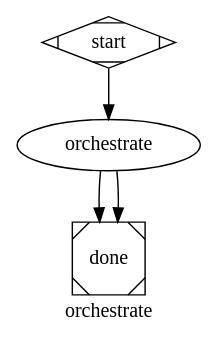
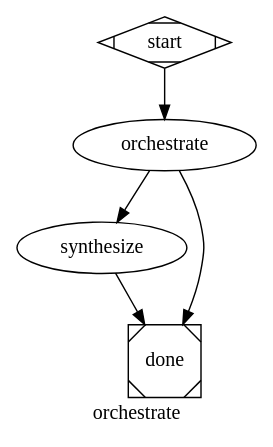
One commit to purrgrammer/fragua changed the diagram in .swarm/workflows/orchestrate.dot. Above: the diagram before and after it, drawn with Graphviz.

Commit message:
[workflow] add synthesize node to orchestrate workflow
The orchestrate node previously produced the final answer itself, which
conflated dispatch and synthesis. This caused the orchestrator to dump
sub-agent reports rather than produce a unified result, and risked hitting
the codergen watchdog while still synthesizing.

Changes:
- Add a `synthesize` node that reads the shared thread (fidelity=full) and
  produces one reconciled answer from all sub-agent results.
- Narrow the orchestrate node's prompt to stop after dispatching and emit
  DISPATCH_COMPLETE so the downstream node has a clear handoff signal.
- Wire orchestrate -> synthesize -> done; retain the fail-fast edge
  orchestrate -> done on outcome=fail.

```diff
--- a/.swarm/workflows/orchestrate.dot
+++ b/.swarm/workflows/orchestrate.dot
@@ -1,37 +1,46 @@
 // orchestrate.dot — decompose a task, dispatch to specialist sub-agents.
 //
 // Single orchestrator node with `agent` in its tool pool. The model sees
 // the discovered sub-agent catalog in its system prompt (rendered iff
 // `agent` is allowed) and decides per sub-task whether to spawn a named
 // profile or an ad-hoc agent (passing `system_prompt` + `allowed_tools`
 // inline). Parallel dispatch is implicit — pi-agent-core fires concurrent
 // `agent` toolcalls when issued in one assistant message.
 //
 //   bun run swarm run orchestrate --input "your task here"
 
 digraph orchestrate {
   graph [
     goal             = "Decompose a task, dispatch to named or ad-hoc sub-agents, synthesize."
     label            = "orchestrate"
     default_fidelity = "compact"
     budget_usd       = 5.00
     budget_policy    = "stop"
     model_stylesheet = "* { llm_provider: anthropic; llm_model: claude-opus-4-7; }"
   ]
 
   start [shape=Mdiamond]
 
   orchestrate [
-    prompt = "Task (authoritative): $ARGUMENTS.\nIf empty, call the `abort` tool with reason `missing task`.\n\nDecompose into 2–5 sub-tasks (one concern each), then delegate via the `agent` tool. Don't solve.\n\nFor each sub-task:\n- Named profile fits → `agent({ agent: \"<name>\", prompt: \"<brief>\" })`. The profile carries its own tool pool.\n- Otherwise ad-hoc → `agent({ name: \"<label>\", system_prompt: \"<role>\", prompt: \"<brief>\" })`. Sub-agents inherit THIS node's pool by default (minus `agent` — no nesting). Pass `allowed_tools` only to NARROW (e.g. `[\"read\",\"grep\"]` for an analyse-only task).\n\nCap concurrent `agent` calls at 2 — issue at most 2 in any one assistant message; queue the rest until one returns. Heavy fan-out (5+ parallel sub-agents producing 100s of tool calls each) blows past the codergen handler watchdog before synthesis can run; serial pairs keep tail latency bounded.\n\nBriefs carry only the slice needed; cite paths, don't dump.\n\nSynthesize returns into one answer. Reconcile conflicts; don't list reports.\n\nIf a sub-agent aborts, narrow and re-spawn once, or proceed with a marked gap. If the task can't be decomposed, call the `abort` tool with reason `not decomposable: <reason>`."
+    prompt = "Task (authoritative): $ARGUMENTS.\nIf empty, call the `abort` tool with reason `missing task`.\n\nDecompose into 2–5 sub-tasks (one concern each), then delegate via the `agent` tool. Don't solve.\n\nFor each sub-task:\n- Named profile fits → `agent({ agent: \"<name>\", prompt: \"<brief>\" })`. The profile carries its own tool pool.\n- Otherwise ad-hoc → `agent({ name: \"<label>\", system_prompt: \"<role>\", prompt: \"<brief>\" })`. Sub-agents inherit THIS node's pool by default (minus `agent` — no nesting). Pass `allowed_tools` only to NARROW (e.g. `[\"read\",\"grep\"]` for an analyse-only task).\n\nCap concurrent `agent` calls at 2 — issue at most 2 in any one assistant message; queue the rest until one returns. Heavy fan-out (5+ parallel sub-agents producing 100s of tool calls each) blows past the codergen handler watchdog before synthesis can run; serial pairs keep tail latency bounded.\n\nBriefs carry only the slice needed; cite paths, don't dump.\n\nDispatch sub-tasks via `agent` tool calls. When all sub-agents have returned, emit a one-line confirmation (e.g. \"DISPATCH_COMPLETE: <N> sub-agents returned\") and stop — the downstream `synthesize` node produces the final user-facing answer.\n\nIf a sub-agent aborts, narrow and re-spawn once, or proceed with a marked gap. If the task can't be decomposed, call the `abort` tool with reason `not decomposable: <reason>`."
     allowed_tools = "read, write, edit, bash, grep, find, ls, agent"
     max_cost_usd  = 3.00
     max_ms        = 5400000
     thread_id     = "orchestrate"
   ]
 
+  synthesize [
+    prompt        = "Synthesize a final answer from the orchestrator's sub-agent results. The orchestrator dispatched sub-tasks via the `agent` tool; their tool-result messages are in your shared thread (fidelity=full). Read them, reconcile conflicts, write ONE final answer that addresses $ARGUMENTS. Don't list reports — produce a unified result."
+    allowed_tools = ""
+    thread_id     = "orchestrate"
+    fidelity      = "full"
+    max_cost_usd  = 1.50
+  ]
+
   done [shape=Msquare]
 
   start -> orchestrate
   orchestrate -> done [condition="outcome=fail"]
-  orchestrate -> done
+  orchestrate -> synthesize
+  synthesize -> done
 }
```
